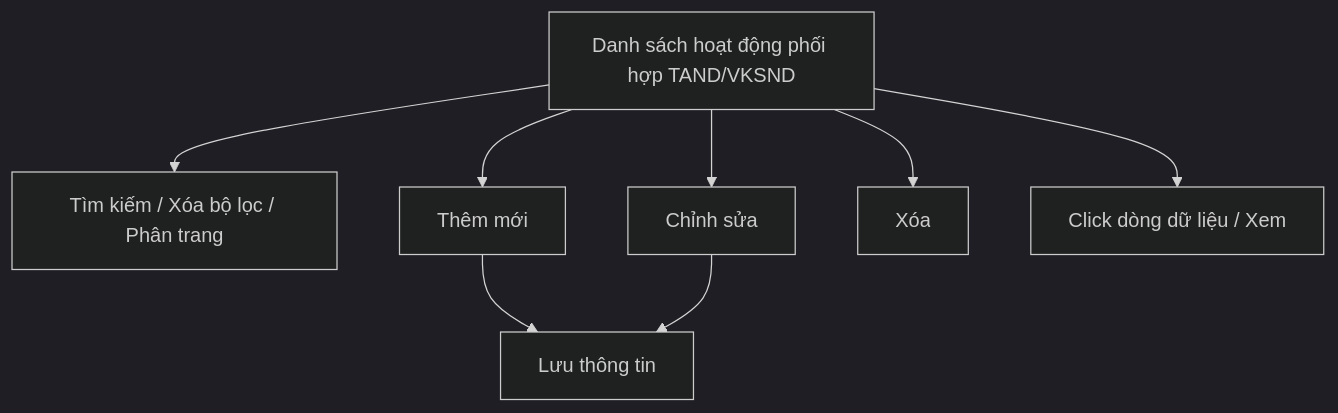
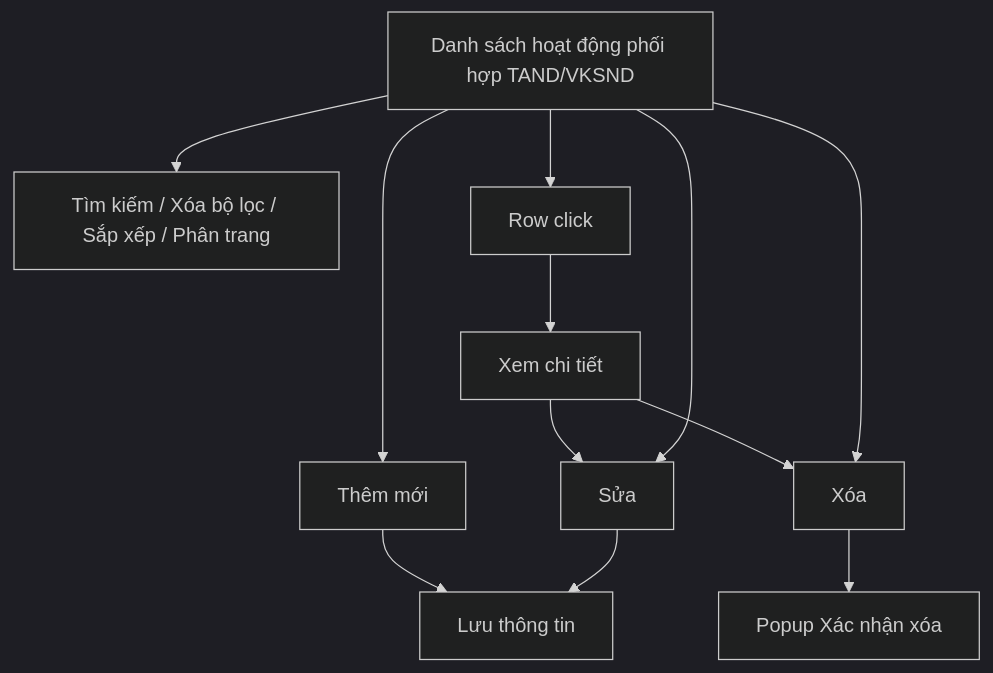
One commit to huyendt2007/BPBD_UI changed the diagram in Tai lieu phan tich/03_Website_Quan_tri/03_Cong_tac_boi_thuong/SRS_BTNN_BTP_PhoiHop_TAND_VKSND.md. Above: the diagram before and after it, drawn with Mermaid (dark theme). The commit also changed other lines of this file and 135 other files, not shown here.

````diff
--- a/Tai lieu phan tich/03_Website_Quan_tri/03_Cong_tac_boi_thuong/SRS_BTNN_BTP_PhoiHop_TAND_VKSND.md
+++ b/Tai lieu phan tich/03_Website_Quan_tri/03_Cong_tac_boi_thuong/SRS_BTNN_BTP_PhoiHop_TAND_VKSND.md
@@ -25,10 +23,10 @@
 ```mermaid
 flowchart TD
-    A[Danh sách hoạt động phối hợp TAND/VKSND] --> B[Tìm kiếm / Xóa bộ lọc / Phân trang]
-    A --> C[Thêm mới]
-    C --> D[Lưu thông tin]
-    A --> E[Chỉnh sửa]
-    E --> D
-    A --> F[Xóa]
-    A --> G[Click dòng dữ liệu / Xem]
+    A[Danh sách hoạt động phối hợp TAND/VKSND] --> B[Tìm kiếm / Xóa bộ lọc / Sắp xếp / Phân trang]
+    A --> G[Row click] --> K[Xem chi tiết]
+    K --> E
+    K --> F
+    A --> C[Thêm mới] --> D[Lưu thông tin]
+    A --> E[Sửa] --> D
+    A --> F[Xóa] --> X[Popup Xác nhận xóa]
 ```
````
